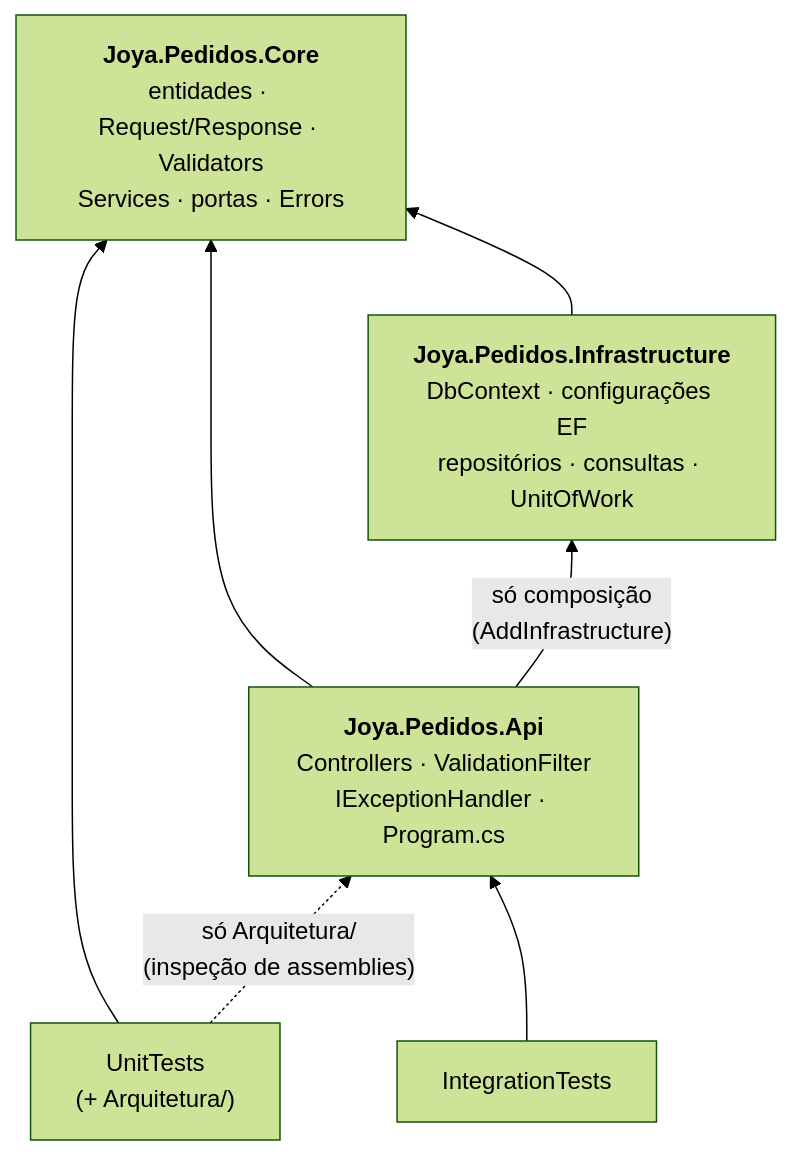
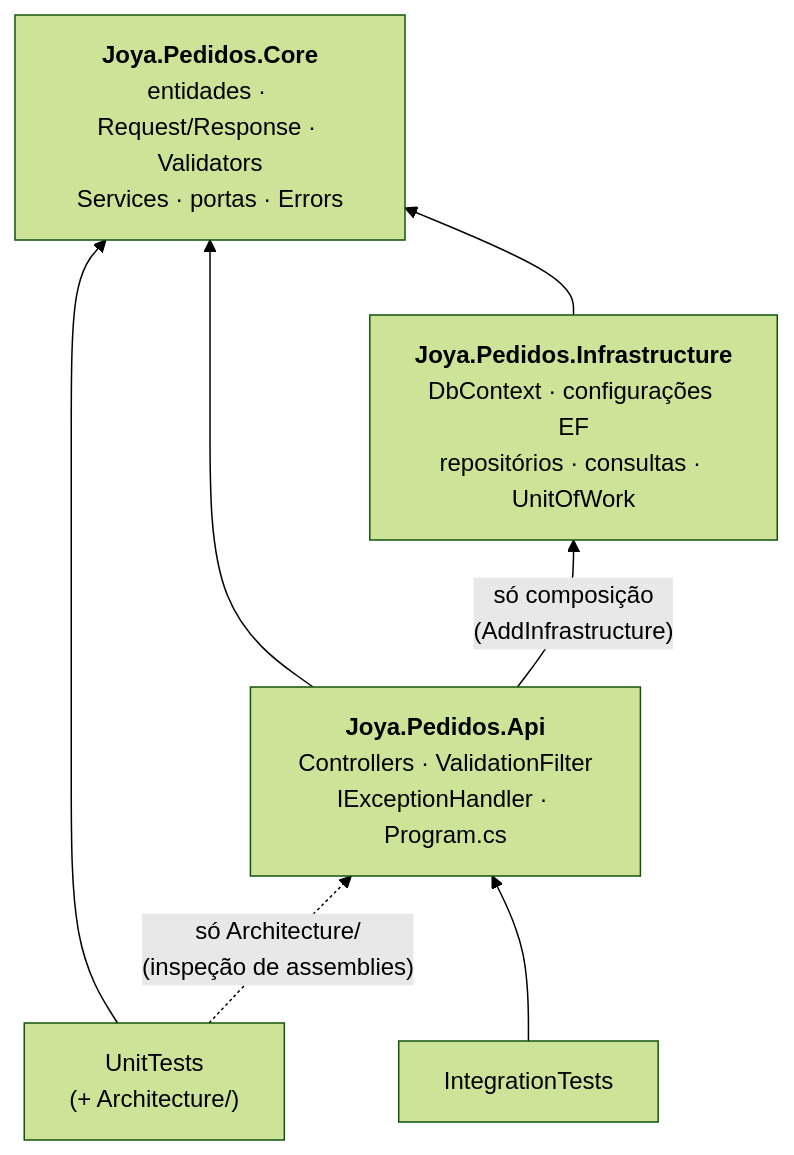
The second of 4 diagrams in docs/esteira/02-arquitetura.md (gustavo-hf-simoes/technical-test-joya-solutions), drawn with Mermaid (forest theme) before and after one commit. The commit also changed other lines of this file and 15 other files, not shown here.

````diff
--- a/docs/esteira/02-arquitetura.md
+++ b/docs/esteira/02-arquitetura.md
@@ -90,15 +90,15 @@
 ```mermaid
 flowchart BT
     core["<b>Joya.Pedidos.Core</b><br/>entidades · Request/Response · Validators<br/>Services · portas · Errors"]
     infra["<b>Joya.Pedidos.Infrastructure</b><br/>DbContext · configurações EF<br/>repositórios · consultas · UnitOfWork"]
     api["<b>Joya.Pedidos.Api</b><br/>Controllers · ValidationFilter<br/>IExceptionHandler · Program.cs"]
-    unit["UnitTests<br/>(+ Arquitetura/)"]
+    unit["UnitTests<br/>(+ Architecture/)"]
     integ["IntegrationTests"]
 
     infra --> core
     api --> core
     api -- "só composição<br/>(AddInfrastructure)" --> infra
     unit --> core
-    unit -. "só Arquitetura/<br/>(inspeção de assemblies)" .-> api
+    unit -. "só Architecture/<br/>(inspeção de assemblies)" .-> api
     integ --> api
 ```
````
